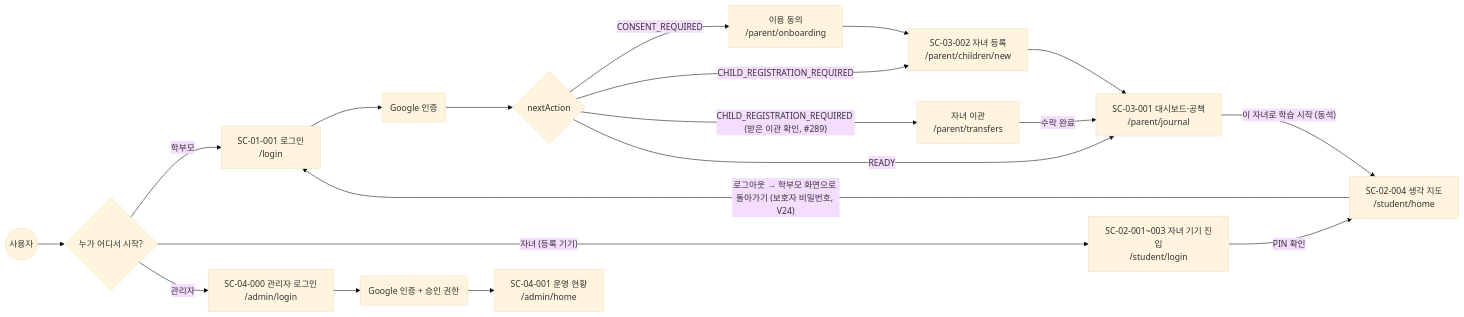
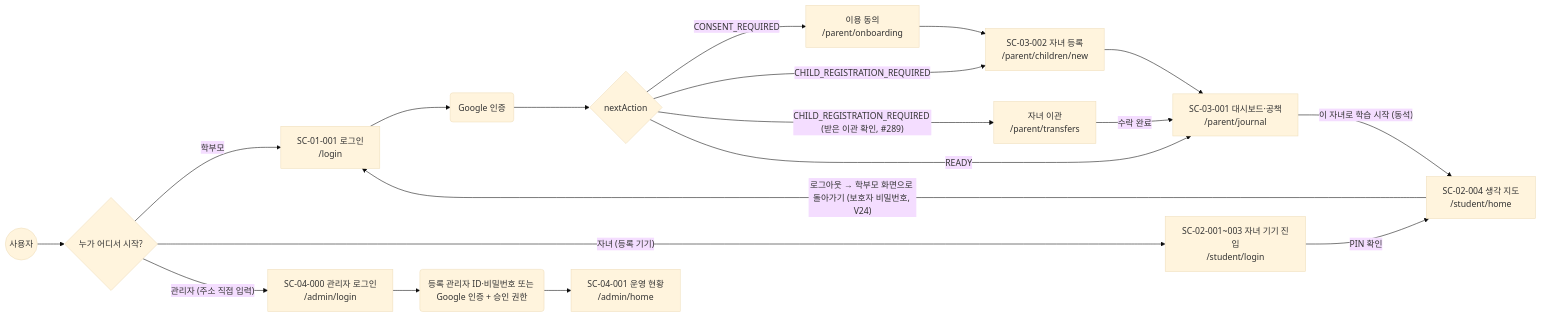
Before and after one commit to SKNETWORKS-FAMILY-AICAMP/SKN34-FINAL-3TEAM: the first of 12 diagrams in docs/design/user-flow.md, drawn with Mermaid (base theme). The commit also changed other lines of this file and 31 other files, not shown here.

First line of the commit message:
feat: 관리자 ID·비밀번호 로그인과 계정 등록 스크립트 (#369)

````diff
--- a/docs/design/user-flow.md
+++ b/docs/design/user-flow.md
@@ -25,21 +26,21 @@
 ```mermaid
 flowchart LR
   U(("사용자")) --> Q{"누가 어디서 시작?"}
   Q -->|"학부모"| L["SC-01-001 로그인<br/>/login"]
   Q -->|"자녀 (등록 기기)"| SL["SC-02-001~003 자녀 기기 진입<br/>/student/login"]
-  Q -->|"관리자"| AL["SC-04-000 관리자 로그인<br/>/admin/login"]
+  Q -->|"관리자 (주소 직접 입력)"| AL["SC-04-000 관리자 로그인<br/>/admin/login"]
 
   L --> G("Google 인증") --> NA{"nextAction"}
   NA -->|"CONSENT_REQUIRED"| ON["이용 동의<br/>/parent/onboarding"]
   NA -->|"CHILD_REGISTRATION_REQUIRED"| CN["SC-03-002 자녀 등록<br/>/parent/children/new"]
   NA -->|"CHILD_REGISTRATION_REQUIRED (받은 이관 확인, #289)"| TRI["자녀 이관<br/>/parent/transfers"]
   TRI -->|"수락 완료"| PJ
   NA -->|"READY"| PJ["SC-03-001 대시보드·공책<br/>/parent/journal"]
   ON --> CN --> PJ
 
   PJ -->|"이 자녀로 학습 시작 (동석)"| SH["SC-02-004 생각 지도<br/>/student/home"]
   SL -->|"PIN 확인"| SH
   SH -->|"로그아웃 → 학부모 화면으로 돌아가기 (보호자 비밀번호, V24)"| L
 
-  AL --> AG("Google 인증 + 승인 권한") --> AH["SC-04-001 운영 현황<br/>/admin/home"]
+  AL --> AG("등록 관리자 ID·비밀번호 또는 Google 인증 + 승인 권한") --> AH["SC-04-001 운영 현황<br/>/admin/home"]
 ```
````
